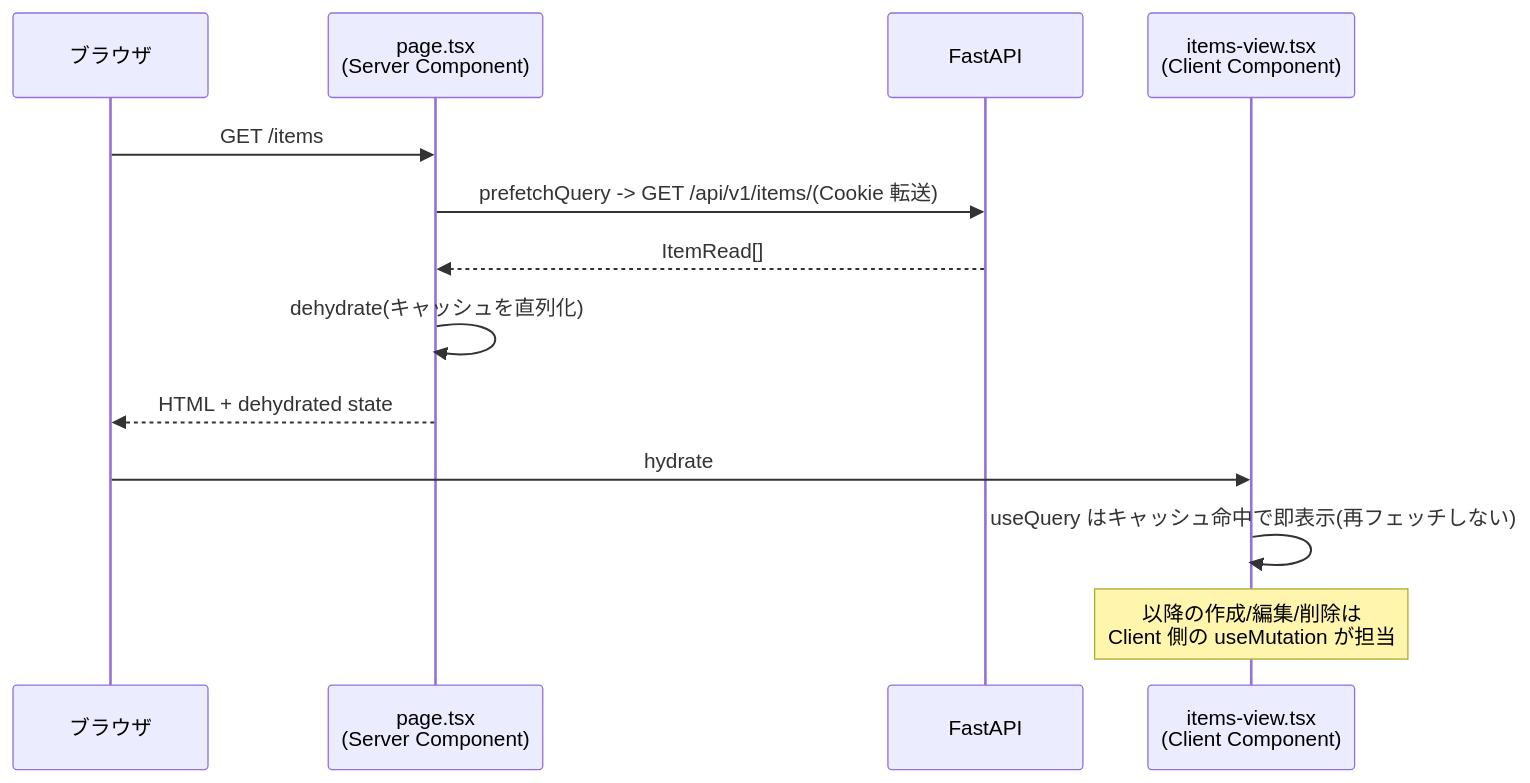
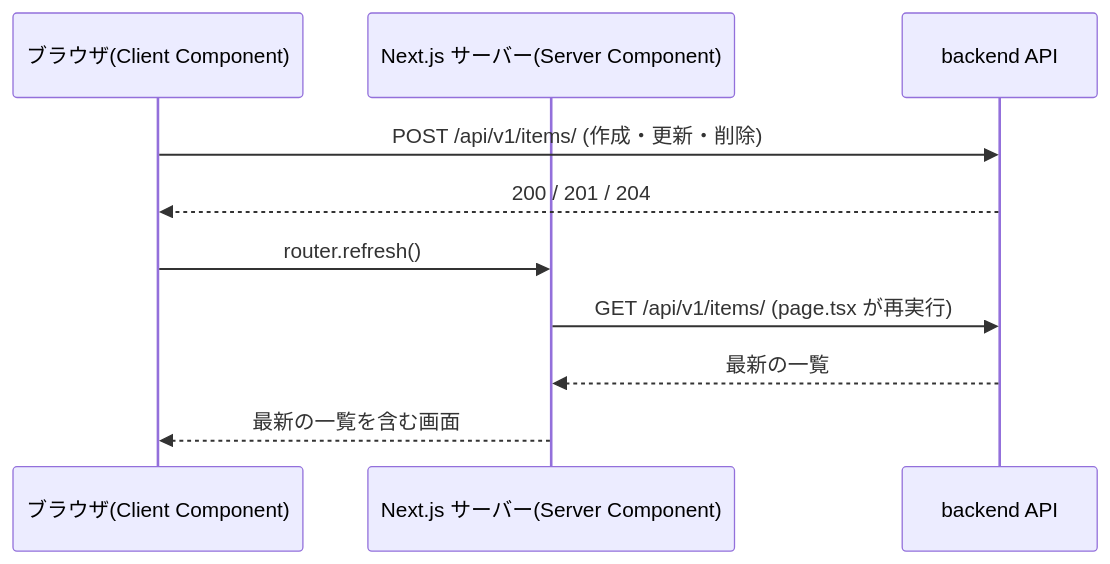
Before and after one commit to ng3rdstmadgke/web-tutorial-v2: the diagram in docs/chapter12/README.md, drawn with Mermaid. The commit also changed other lines of this file and 2 other files, not shown here.

````diff
--- a/docs/chapter12/README.md
+++ b/docs/chapter12/README.md
@@ -623,16 +198,13 @@
 ```mermaid
 sequenceDiagram
-    participant B as ブラウザ
-    participant P as page.tsx<br/>(Server Component)
-    participant API as FastAPI
-    participant V as items-view.tsx<br/>(Client Component)
+    participant U as ブラウザ(Client Component)
+    participant N as Next.js サーバー(Server Component)
+    participant A as backend API
 
-    B->>P: GET /items
-    P->>API: prefetchQuery -> GET /api/v1/items/(Cookie 転送)
-    API-->>P: ItemRead[]
-    P->>P: dehydrate(キャッシュを直列化)
-    P-->>B: HTML + dehydrated state
-    B->>V: hydrate
-    V->>V: useQuery はキャッシュ命中で即表示(再フェッチしない)
-    Note over V: 以降の作成/編集/削除は<br/>Client 側の useMutation が担当
+    U->>A: POST /api/v1/items/ (作成・更新・削除)
+    A-->>U: 200 / 201 / 204
+    U->>N: router.refresh()
+    N->>A: GET /api/v1/items/ (page.tsx が再実行)
+    A-->>N: 最新の一覧
+    N-->>U: 最新の一覧を含む画面
 ```
````
